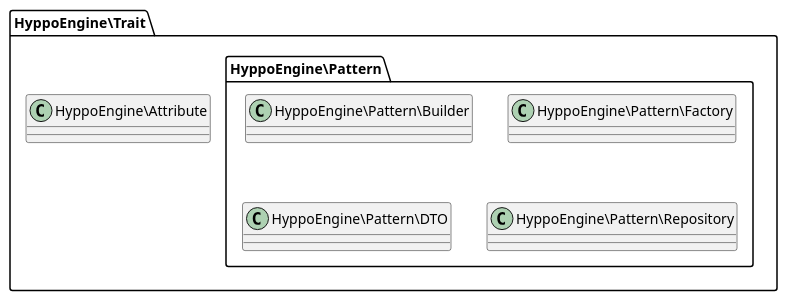
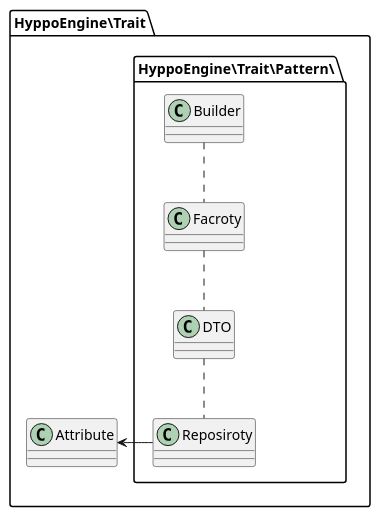
The diagram in docs/classes/wsd/Trait.package.wsd (inutcin/hyppo-engine), drawn with PlantUML before and after one commit. The commit also changed 30 other files, not shown here.

```diff
--- a/docs/classes/wsd/Trait.package.wsd
+++ b/docs/classes/wsd/Trait.package.wsd
@@ -1,15 +1,20 @@
 package HyppoEngine\Trait {
-    package HyppoEngine\Pattern {
-        class HyppoEngine\Pattern\Builder {
-            
+    class HyppoEngine\Trait\Attribute as "Attribute" {
+    }
+    package HyppoEngine\Trait\Pattern\ {
+        class HyppoEngine\Trait\Pattern\Builder as "Builder" {
         }
-        class HyppoEngine\Pattern\Factory {
+        class HyppoEngine\Trait\Pattern\Factory as "Facroty" {
         }
-        class HyppoEngine\Pattern\DTO {
+        class HyppoEngine\Trait\Pattern\DTO as "DTO" {
         }
-        class HyppoEngine\Pattern\Repository {
+        class HyppoEngine\Trait\Pattern\Repository as "Reposiroty" {
         }
+        HyppoEngine\Trait\Pattern\Repository -left-> HyppoEngine\Trait\Attribute
+        
+        HyppoEngine\Trait\Pattern\Builder .. HyppoEngine\Trait\Pattern\Factory
+        HyppoEngine\Trait\Pattern\Factory .. HyppoEngine\Trait\Pattern\DTO
+        HyppoEngine\Trait\Pattern\DTO .. HyppoEngine\Trait\Pattern\Repository
     }
-    class HyppoEngine\Attribute {
-    }
+
 }
```
